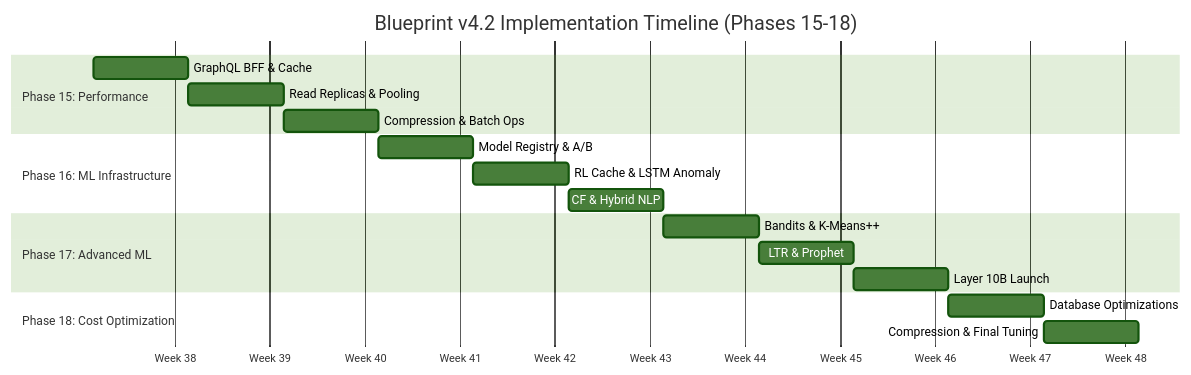
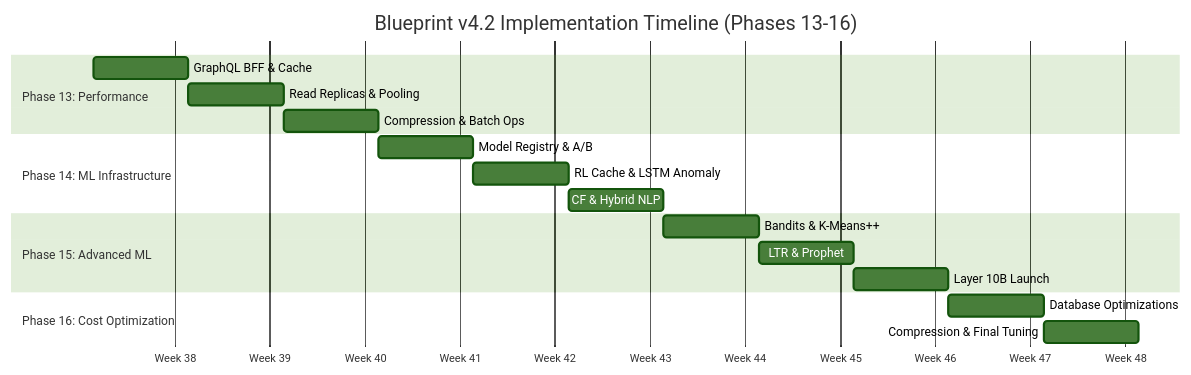
One commit to dev-Truespend/true-spend-spark changed the second of 2 diagrams in docs/architecture/implementation-timeline-v4.2.md. Above: the diagram before and after it, drawn with Mermaid (forest theme). The commit also changed other lines of this file and 4 other files, not shown here.

````diff
--- a/docs/architecture/implementation-timeline-v4.2.md
+++ b/docs/architecture/implementation-timeline-v4.2.md
@@ -638,25 +638,25 @@
 ```mermaid
 gantt
-    title Blueprint v4.2 Implementation Timeline (Phases 15-18)
+    title Blueprint v4.2 Implementation Timeline (Phases 13-16)
     dateFormat YYYY-MM-DD
     axisFormat Week %U
 
-    section Phase 15: Performance
-    GraphQL BFF & Cache         :p15-1, 2024-09-16, 1w
-    Read Replicas & Pooling     :p15-2, after p15-1, 1w
-    Compression & Batch Ops     :p15-3, after p15-2, 1w
+    section Phase 13: Performance
+    GraphQL BFF & Cache         :p13-1, 2024-09-16, 1w
+    Read Replicas & Pooling     :p13-2, after p13-1, 1w
+    Compression & Batch Ops     :p13-3, after p13-2, 1w
 
-    section Phase 16: ML Infrastructure
-    Model Registry & A/B        :p16-1, after p15-3, 1w
-    RL Cache & LSTM Anomaly     :p16-2, after p16-1, 1w
-    CF & Hybrid NLP             :p16-3, after p16-2, 1w
+    section Phase 14: ML Infrastructure
+    Model Registry & A/B        :p14-1, after p13-3, 1w
+    RL Cache & LSTM Anomaly     :p14-2, after p14-1, 1w
+    CF & Hybrid NLP             :p14-3, after p14-2, 1w
 
-    section Phase 17: Advanced ML
-    Bandits & K-Means++         :p17-1, after p16-3, 1w
-    LTR & Prophet               :p17-2, after p17-1, 1w
-    Layer 10B Launch            :p17-3, after p17-2, 1w
+    section Phase 15: Advanced ML
+    Bandits & K-Means++         :p15-1, after p14-3, 1w
+    LTR & Prophet               :p15-2, after p15-1, 1w
+    Layer 10B Launch            :p15-3, after p15-2, 1w
 
-    section Phase 18: Cost Optimization
-    Database Optimizations      :p18-1, after p17-3, 1w
-    Compression & Final Tuning  :p18-2, after p18-1, 1w
+    section Phase 16: Cost Optimization
+    Database Optimizations      :p16-1, after p15-3, 1w
+    Compression & Final Tuning  :p16-2, after p16-1, 1w
 ```
````
